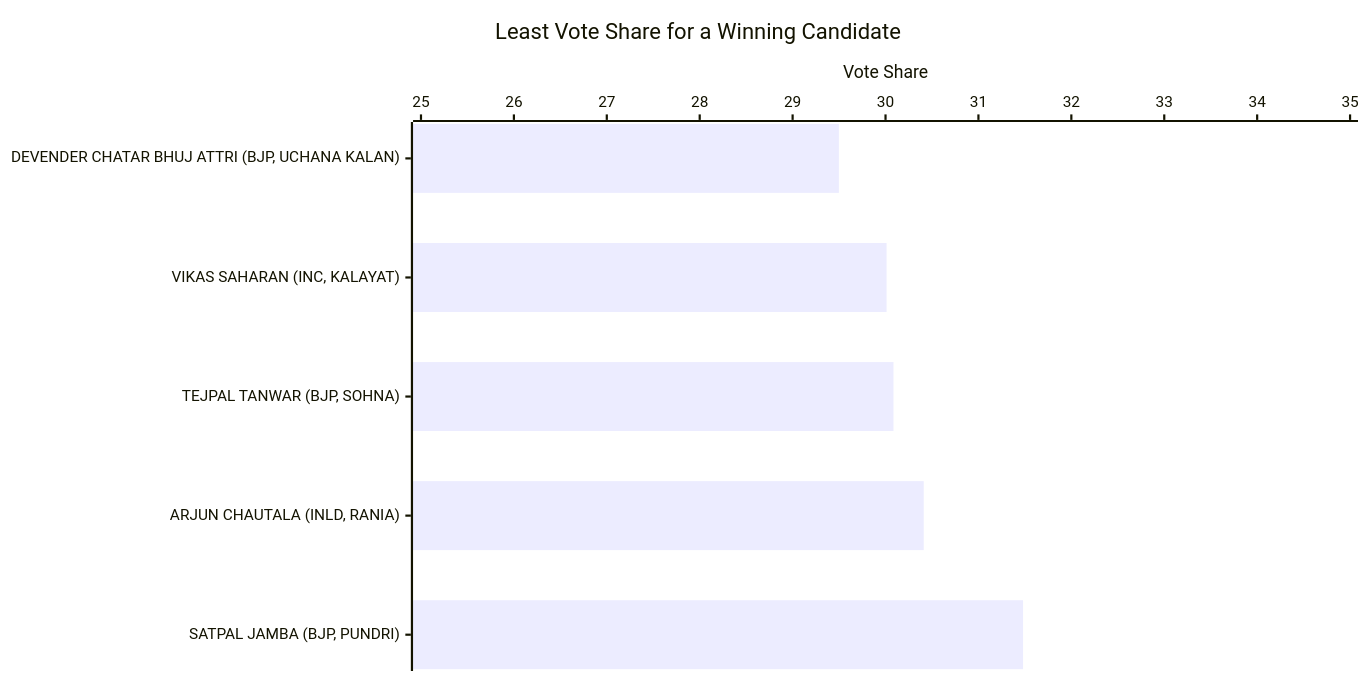
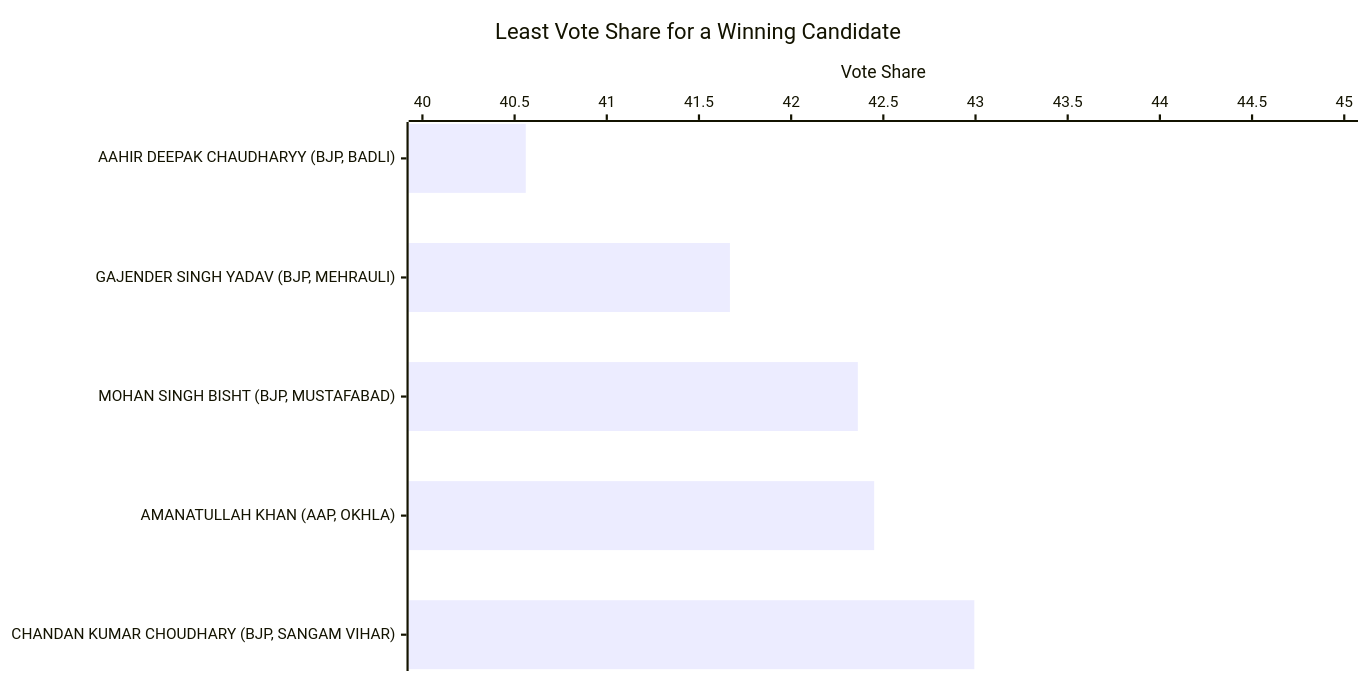
Before and after one commit to arjunswaj/elections: diagram 13 of 19 in NEWDELHI-GRAPH.md, drawn with Mermaid. The commit also changed other lines of this file, not shown here.

Commit message:
Updating the Graphical format

````diff
--- a/NEWDELHI-GRAPH.md
+++ b/NEWDELHI-GRAPH.md
@@ -238,14 +241,14 @@
 ```mermaid
 ---
 config:
     xyChart:
         width: 1200
         height: 600
         chartOrientation: horizontal
 ---
 xychart-beta
     title "Least Vote Share for a Winning Candidate"
-    x-axis ["DEVENDER CHATAR BHUJ ATTRI (BJP, UCHANA KALAN)", "VIKAS SAHARAN (INC, KALAYAT)", "TEJPAL TANWAR (BJP, SOHNA)", "ARJUN CHAUTALA (INLD, RANIA)", "SATPAL JAMBA (BJP, PUNDRI)"]
-    y-axis "Vote Share" 25 --> 35
-    bar [29.4977, 30.0113, 30.0857, 30.4109, 31.4803]
+    x-axis ["AAHIR DEEPAK CHAUDHARYY (BJP, BADLI)", "GAJENDER SINGH YADAV (BJP, MEHRAULI)", "MOHAN SINGH BISHT (BJP, MUSTAFABAD)", "AMANATULLAH KHAN (AAP, OKHLA)", "CHANDAN KUMAR CHOUDHARY (BJP, SANGAM VIHAR)"]
+    y-axis "Vote Share" 40 --> 45
+    bar [40.5605, 41.6680, 42.3616, 42.4504, 42.9936]
 ```
````
